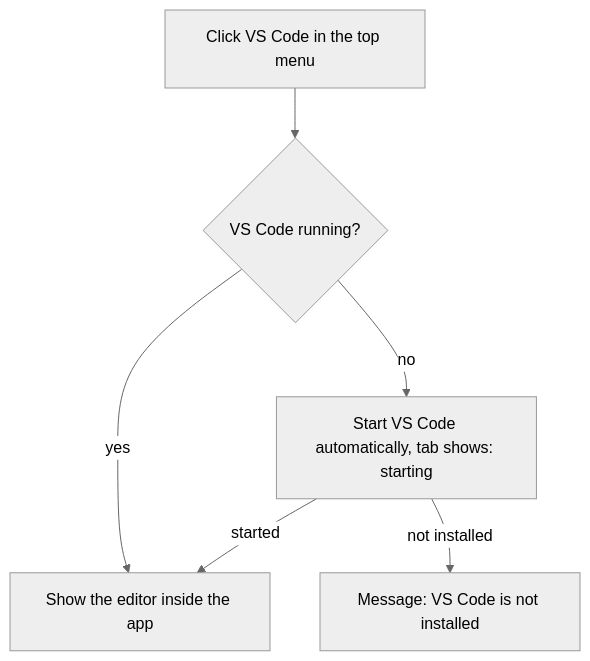
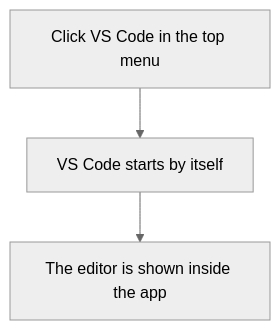
The diagram in docs/plans/VSCODE.md (GFGMNET/Workspace), drawn with Mermaid (neutral theme) before and after one commit. The commit also changed other lines of this file and 1 other file, not shown here.

First line of the commit message:
Plans Git/SVN and VS Code: not requested items moved to open points; no longer Ready 2 Deploy

````diff
--- a/docs/plans/VSCODE.md
+++ b/docs/plans/VSCODE.md
@@ -49,8 +53,5 @@
 ```mermaid
 flowchart TD
-  A[Click VS Code in the top menu] --> B{VS Code running?}
-  B -->|yes| E[Show the editor inside the app]
-  B -->|no| C[Start VS Code automatically, tab shows: starting]
-  C -->|started| E
-  C -->|not installed| D[Message: VS Code is not installed]
+  A[Click VS Code in the top menu] --> B[VS Code starts by itself]
+  B --> C[The editor is shown inside the app]
 ```
````
